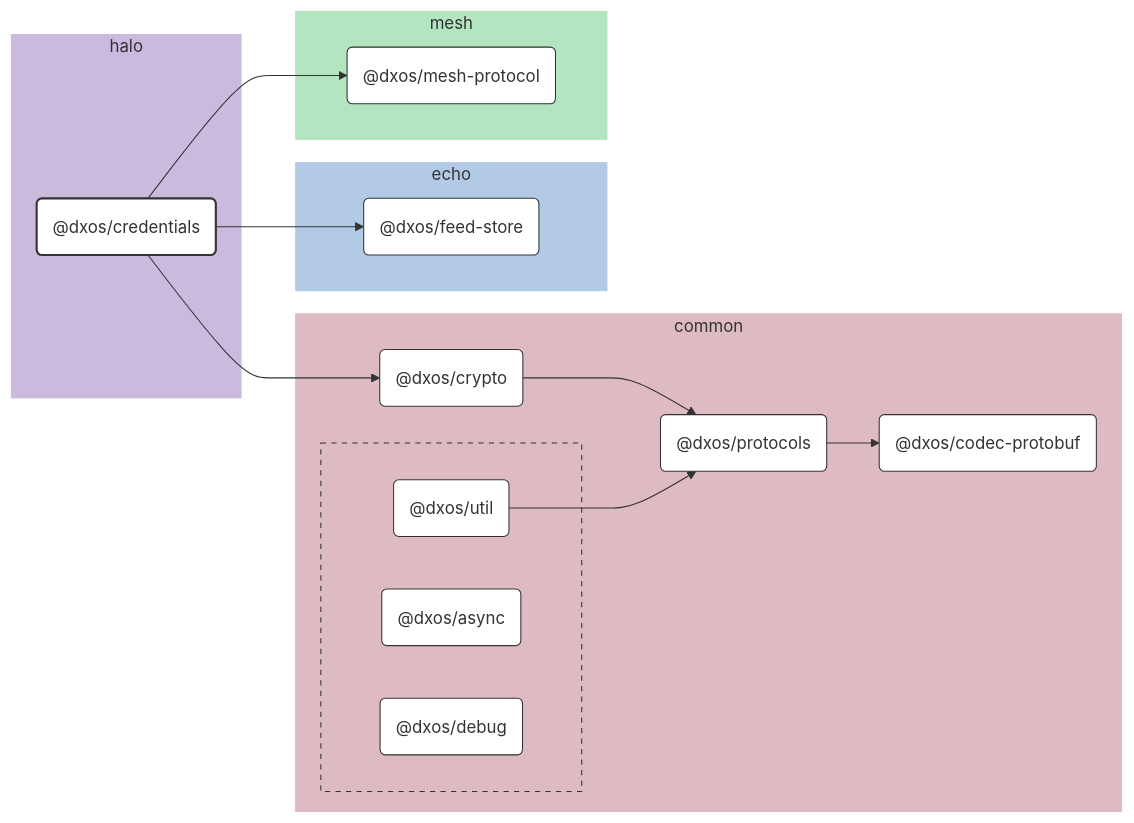
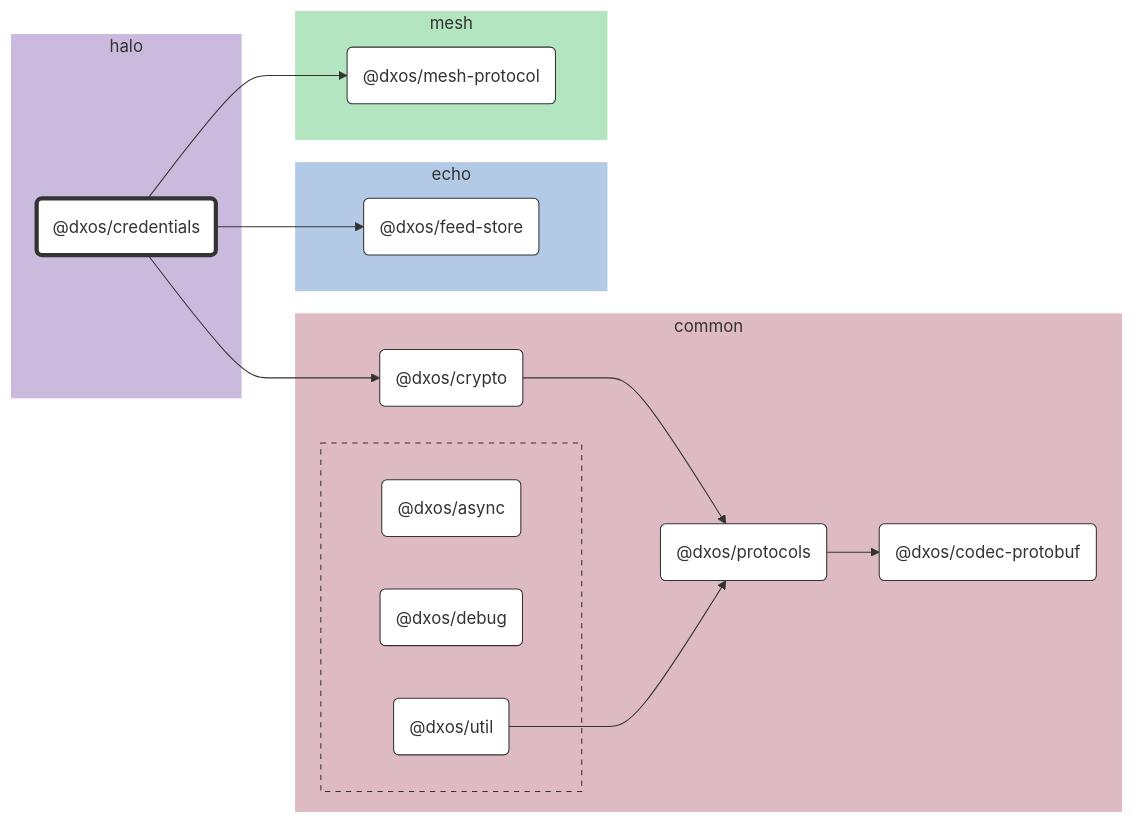
One commit to dxos/dxos changed the diagram in packages/halo/credentials/docs/README.md. Above: the diagram before and after it, drawn with Mermaid. The commit also changed 104 other files, not shown here.

````diff
--- a/packages/halo/credentials/docs/README.md
+++ b/packages/halo/credentials/docs/README.md
@@ -7,75 +7,58 @@
 ```mermaid
 %%{ init: {'flowchart':{'curve':'basis'}} }%%
 
 flowchart LR
 
-%% Links
-dxos/credentials --> dxos/crypto;
-dxos/credentials --> dxos/feed-store;
-dxos/credentials --> dxos/mesh-protocol;
-dxos/crypto --> dxos/protocols;
-dxos/protocols --> dxos/codec-protobuf;
-dxos/util --> dxos/protocols;
+%% Classes
+classDef def fill:#fff,stroke:#333,stroke-width:1px
+classDef root fill:#fff,stroke:#333,stroke-width:4px
 
-%% Sections
-subgraph halo
-  style halo fill:#cabade,stroke:#fff;
+%% Nodes
 
-  dxos/credentials("@dxos/credentials")
+subgraph halo [halo]
+  style halo fill:#cabade,stroke:#fff
+  dxos/credentials("@dxos/credentials"):::root
+  click dxos/credentials "dxos/dxos/tree/main/packages/halo/credentials/docs"
 end
 
-subgraph common
-  style common fill:#debac2,stroke:#fff;
-
-  dxos/codec-protobuf("@dxos/codec-protobuf")
-  dxos/crypto("@dxos/crypto")
-  dxos/protocols("@dxos/protocols")
+subgraph common [common]
+  style common fill:#debac2,stroke:#fff
+  dxos/codec-protobuf("@dxos/codec-protobuf"):::def
+  click dxos/codec-protobuf "dxos/dxos/tree/main/packages/common/codec-protobuf/docs"
+  dxos/crypto("@dxos/crypto"):::def
+  click dxos/crypto "dxos/dxos/tree/main/packages/common/crypto/docs"
+  dxos/protocols("@dxos/protocols"):::def
+  click dxos/protocols "dxos/dxos/tree/main/packages/common/protocols/docs"
 
   subgraph common-excluded [ ]
-    style common-excluded fill:#debac2,stroke:#333,stroke-dasharray:5 5;
-
-    dxos/async("@dxos/async")
-    dxos/debug("@dxos/debug")
-    dxos/util("@dxos/util")
+    style common-excluded fill:#debac2,stroke:#333,stroke-dasharray:5 5
+    dxos/async("@dxos/async"):::def
+    click dxos/async "dxos/dxos/tree/main/packages/common/async/docs"
+    dxos/debug("@dxos/debug"):::def
+    click dxos/debug "dxos/dxos/tree/main/packages/common/debug/docs"
+    dxos/util("@dxos/util"):::def
+    click dxos/util "dxos/dxos/tree/main/packages/common/util/docs"
   end
 end
 
-subgraph echo
-  style echo fill:#b3cae6,stroke:#fff;
-
-  dxos/feed-store("@dxos/feed-store")
+subgraph echo [echo]
+  style echo fill:#b3cae6,stroke:#fff
+  dxos/feed-store("@dxos/feed-store"):::def
+  click dxos/feed-store "dxos/dxos/tree/main/packages/echo/feed-store/docs"
 end
 
-subgraph mesh
-  style mesh fill:#b3e6c0,stroke:#fff;
-
-  dxos/mesh-protocol("@dxos/mesh-protocol")
+subgraph mesh [mesh]
+  style mesh fill:#b3e6c0,stroke:#fff
+  dxos/mesh-protocol("@dxos/mesh-protocol"):::def
+  click dxos/mesh-protocol "dxos/dxos/tree/main/packages/mesh/mesh-protocol/docs"
 end
 
-
-%% Hyperlinks
-click dxos/async "dxos/dxos/tree/main/packages/common/async/docs";
-click dxos/codec-protobuf "dxos/dxos/tree/main/packages/common/codec-protobuf/docs";
-click dxos/crypto "dxos/dxos/tree/main/packages/common/crypto/docs";
-click dxos/debug "dxos/dxos/tree/main/packages/common/debug/docs";
-click dxos/feed-store "dxos/dxos/tree/main/packages/echo/feed-store/docs";
-click dxos/mesh-protocol "dxos/dxos/tree/main/packages/mesh/mesh-protocol/docs";
-click dxos/protocols "dxos/dxos/tree/main/packages/common/protocols/docs";
-click dxos/util "dxos/dxos/tree/main/packages/common/util/docs";
-
-%% Styles
-classDef rootNode fill:#fff,stroke:#333,stroke-width:2px
-classDef defaultNode fill:#fff,stroke:#333,stroke-width:1px
+%% Links
 linkStyle default stroke:#333,stroke-width:1px
-
-dxos/credentials:::rootNode
-
-dxos/async:::defaultNode
-dxos/codec-protobuf:::defaultNode
-dxos/crypto:::defaultNode
-dxos/debug:::defaultNode
-dxos/feed-store:::defaultNode
-dxos/mesh-protocol:::defaultNode
-dxos/protocols:::defaultNode
-dxos/util:::defaultNode
+dxos/credentials --> dxos/crypto
+dxos/crypto --> dxos/protocols
+dxos/protocols --> dxos/codec-protobuf
+dxos/credentials --> dxos/feed-store
+dxos/util --> dxos/protocols
+dxos/credentials --> dxos/mesh-protocol
 ```
````
